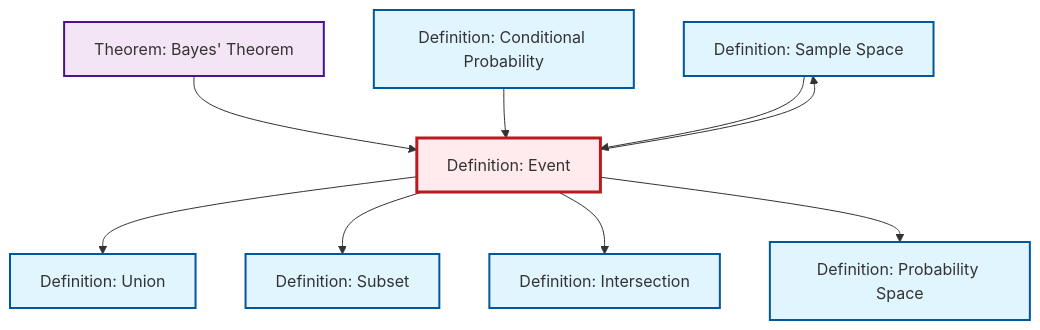
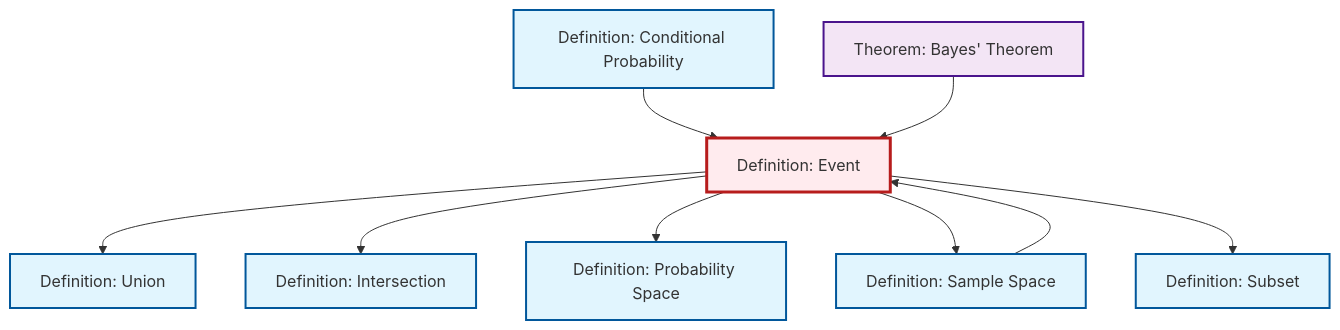
One commit to RK0429/ModernMath changed the diagram in output/mermaid/def-event.mermaid. Above: the diagram before and after it, drawn with Mermaid. The commit also changed other lines of this file and 1118 other files, not shown here.

````diff
--- a/output/mermaid/def-event.mermaid
+++ b/output/mermaid/def-event.mermaid
@@ -1,26 +1,26 @@
 ```{mermaid}
 %%| fig-cap: "Local dependency graph"
 graph TD
     classDef definition fill:#e1f5fe,stroke:#01579b,stroke-width:2px
     classDef theorem fill:#f3e5f5,stroke:#4a148c,stroke-width:2px
     classDef axiom fill:#fff3e0,stroke:#e65100,stroke-width:2px
     classDef example fill:#e8f5e9,stroke:#1b5e20,stroke-width:2px
     classDef current fill:#ffebee,stroke:#b71c1c,stroke-width:3px
+    def-event["Definition: Event"]:::definition
+    def-union["Definition: Union"]:::definition
+    def-subset["Definition: Subset"]:::definition
+    def-conditional-probability["Definition: Conditional Probability"]:::definition
+    def-probability-space["Definition: Probability Space"]:::definition
     def-sample-space["Definition: Sample Space"]:::definition
     thm-bayes["Theorem: Bayes' Theorem"]:::theorem
-    def-union["Definition: Union"]:::definition
     def-intersection["Definition: Intersection"]:::definition
-    def-probability-space["Definition: Probability Space"]:::definition
-    def-event["Definition: Event"]:::definition
-    def-conditional-probability["Definition: Conditional Probability"]:::definition
-    def-subset["Definition: Subset"]:::definition
     def-event --> def-union
+    def-sample-space --> def-event
+    def-conditional-probability --> def-event
+    def-event --> def-intersection
+    def-event --> def-probability-space
+    def-event --> def-sample-space
+    thm-bayes --> def-event
     def-event --> def-subset
-    def-event --> def-intersection
-    thm-bayes --> def-event
-    def-conditional-probability --> def-event
-    def-event --> def-sample-space
-    def-sample-space --> def-event
-    def-event --> def-probability-space
     class def-event current
 ```
````
